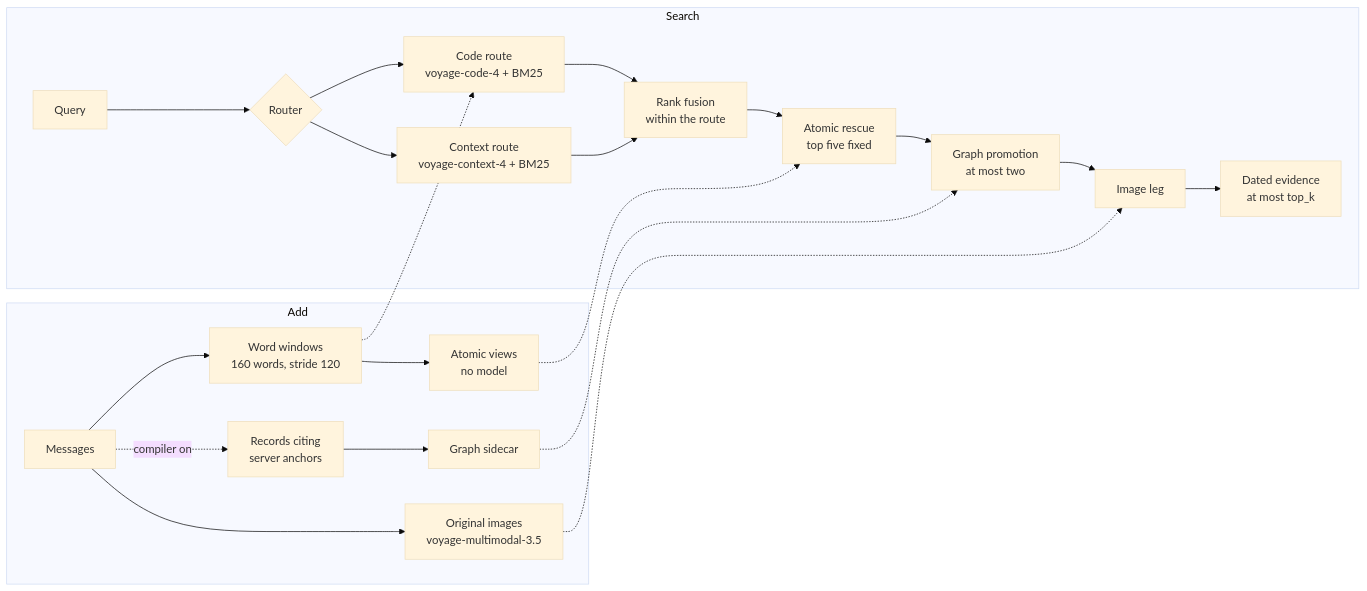
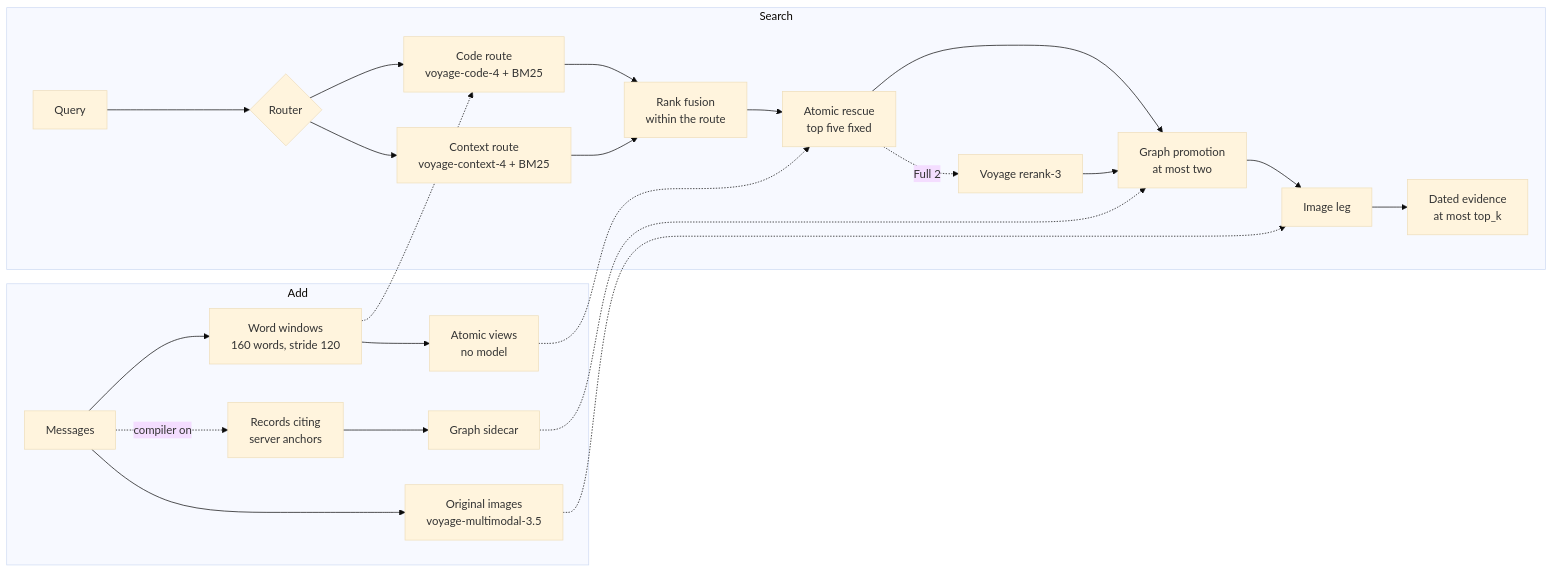
Before and after one commit to GiulioDER/RE-call: the diagram in docs/RECALL_HOSTED_INTEGRATION.md, drawn with Mermaid (base theme). The commit also changed other lines of this file, not shown here.

First line of the commit message:
docs(hosted): both Full 2 runs on b712ec33 (rerank-3, feedback rule), how to cite

````diff
--- a/docs/RECALL_HOSTED_INTEGRATION.md
+++ b/docs/RECALL_HOSTED_INTEGRATION.md
@@ -20,25 +21,27 @@
 ```mermaid
 flowchart LR
   subgraph add["Add"]
     msgs["Messages"] --> win["Word windows<br/>160 words, stride 120"]
     win --> views["Atomic views<br/>no model"]
     msgs -. "compiler on" .-> rec["Records citing<br/>server anchors"]
     rec --> grf["Graph sidecar"]
     msgs --> img["Original images<br/>voyage-multimodal-3.5"]
   end
   subgraph search["Search"]
     q["Query"] --> route{"Router"}
     route --> code["Code route<br/>voyage-code-4 + BM25"]
     route --> ctx["Context route<br/>voyage-context-4 + BM25"]
     code --> fuse["Rank fusion<br/>within the route"]
     ctx --> fuse
     fuse --> lift["Atomic rescue<br/>top five fixed"]
+    lift -. "Full 2" .-> rr["Voyage rerank-3"]
     lift --> promote["Graph promotion<br/>at most two"]
+    rr --> promote
     promote --> leg["Image leg"]
     leg --> out["Dated evidence<br/>at most top_k"]
   end
   win -.-> code
   views -.-> lift
   grf -.-> promote
   img -.-> leg
 ```
````
